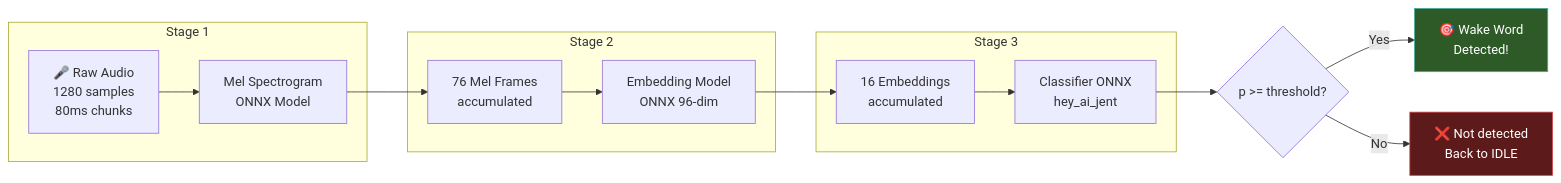
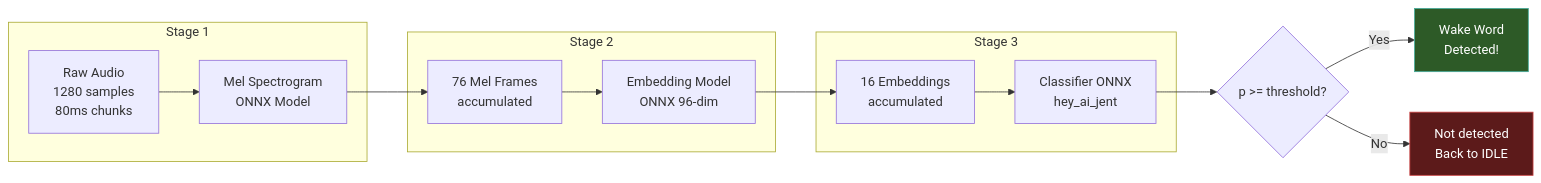
One commit to Rhabibi1609/UnityXRTTrainSimulator changed the second of 4 diagrams in README.md. Above: the diagram before and after it, drawn with Mermaid. The commit also changed other lines of this file, not shown here.

````diff
--- a/README.md
+++ b/README.md
@@ -81,28 +82,28 @@
 ```mermaid
 graph LR
     subgraph Stage1["Stage 1"]
-        A["🎤 Raw Audio<br/>1280 samples<br/>80ms chunks"]
+        A["Raw Audio<br/>1280 samples<br/>80ms chunks"]
         B["Mel Spectrogram<br/>ONNX Model"]
     end
 
     subgraph Stage2["Stage 2"]
         C["76 Mel Frames<br/>accumulated"]
         D["Embedding Model<br/>ONNX 96-dim"]
     end
 
     subgraph Stage3["Stage 3"]
         E["16 Embeddings<br/>accumulated"]
         F["Classifier ONNX<br/>hey_ai_jent"]
     end
 
     G{"p >= threshold?"}
-    H["🎯 Wake Word<br/>Detected!"]
-    I["❌ Not detected<br/>Back to IDLE"]
+    H["Wake Word<br/>Detected!"]
+    I["Not detected<br/>Back to IDLE"]
 
     A --> B --> C --> D --> E --> F --> G
     G -->|Yes| H
     G -->|No| I
 
     style H fill:#2d5a27,stroke:#4a9,color:#fff
     style I fill:#5c1a1a,stroke:#c44,color:#fff
 ```
````
